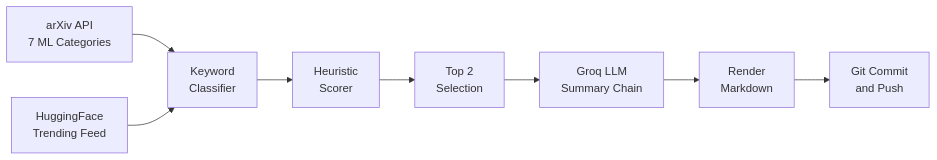
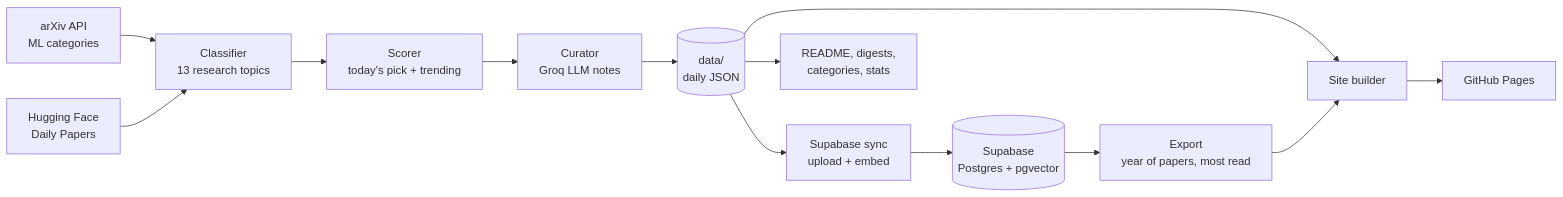
One commit to Omen-bit/ai-paper-daily changed the diagram in README.md. Above: the diagram before and after it, drawn with Mermaid. The commit also changed other lines of this file and 11 other files, not shown here.

Commit message:
refactor: implement site builder, trends engine, supabase sync, and frontend assets

````diff
--- a/README.md
+++ b/README.md
@@ -114,10 +148,15 @@
 ```mermaid
 flowchart LR
-    A["arXiv API<br/>7 ML Categories"] --> C["Keyword<br/>Classifier"]
-    B["HuggingFace<br/>Trending Feed"] --> C
-    C --> D["Heuristic<br/>Scorer"]
-    D --> E["Top 2<br/>Selection"]
-    E --> F["Groq LLM<br/>Summary Chain"]
-    F --> G["Render<br/>Markdown"]
-    G --> H["Git Commit<br/>and Push"]
+    A["arXiv API<br/>ML categories"] --> C["Classifier<br/>13 research topics"]
+    B["Hugging Face<br/>Daily Papers"] --> C
+    C --> D["Scorer<br/>today's pick + trending"]
+    D --> E["Curator<br/>Groq LLM notes"]
+    E --> F[("data/<br/>daily JSON")]
+    F --> G["Supabase sync<br/>upload + embed"]
+    G --> H[("Supabase<br/>Postgres + pgvector")]
+    H --> I["Export<br/>year of papers, most read"]
+    F --> J["Site builder"]
+    I --> J
+    J --> K["GitHub Pages"]
+    F --> L["README, digests,<br/>categories, stats"]
 ```
````
